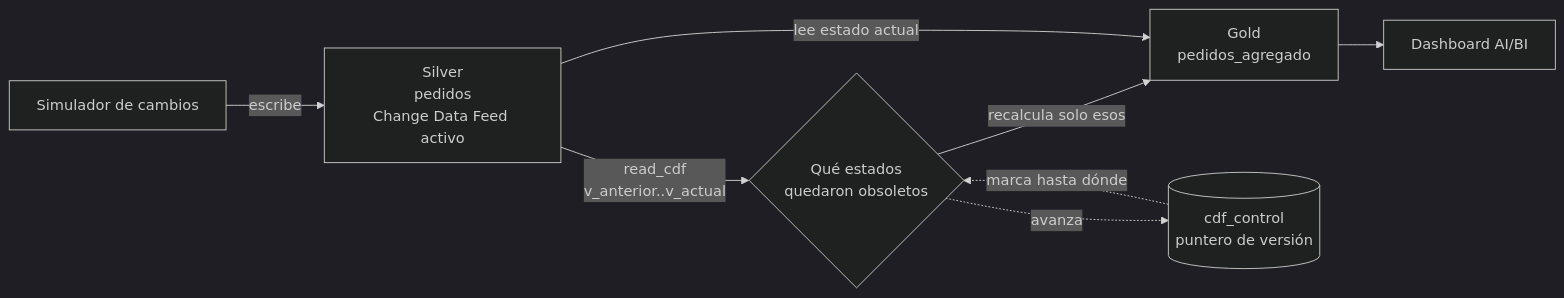
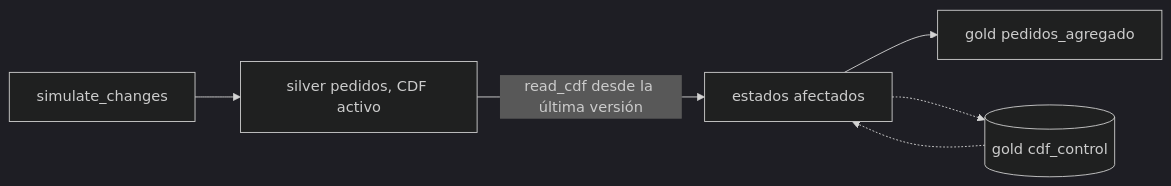
The diagram in use_cases/cdf/README.md (brrsanchezfi/TFM_nticmaster), drawn with Mermaid (dark theme) before and after one commit. The commit also changed other lines of this file and 24 other files, not shown here.

````diff
--- a/use_cases/cdf/README.md
+++ b/use_cases/cdf/README.md
@@ -14,10 +9,8 @@
 ```mermaid
 flowchart LR
-    SIM[Simulador de cambios] -->|escribe| S[Silver<br/>pedidos<br/>Change Data Feed activo]
-    S -->|read_cdf<br/>v_anterior..v_actual| C{Qué estados<br/>quedaron obsoletos}
-    C -->|recalcula solo esos| G[Gold<br/>pedidos_agregado]
-    S -->|lee estado actual| G
-    G --> D[Dashboard AI/BI]
-    P[(cdf_control<br/>puntero de versión)] -.marca hasta dónde.-> C
-    C -.avanza.-> P
+    SIM[simulate_changes] --> S[silver pedidos, CDF activo]
+    S -->|read_cdf desde la última versión| C[estados afectados]
+    C --> G[gold pedidos_agregado]
+    P[(gold cdf_control)] -.-> C
+    C -.-> P
 ```
````
